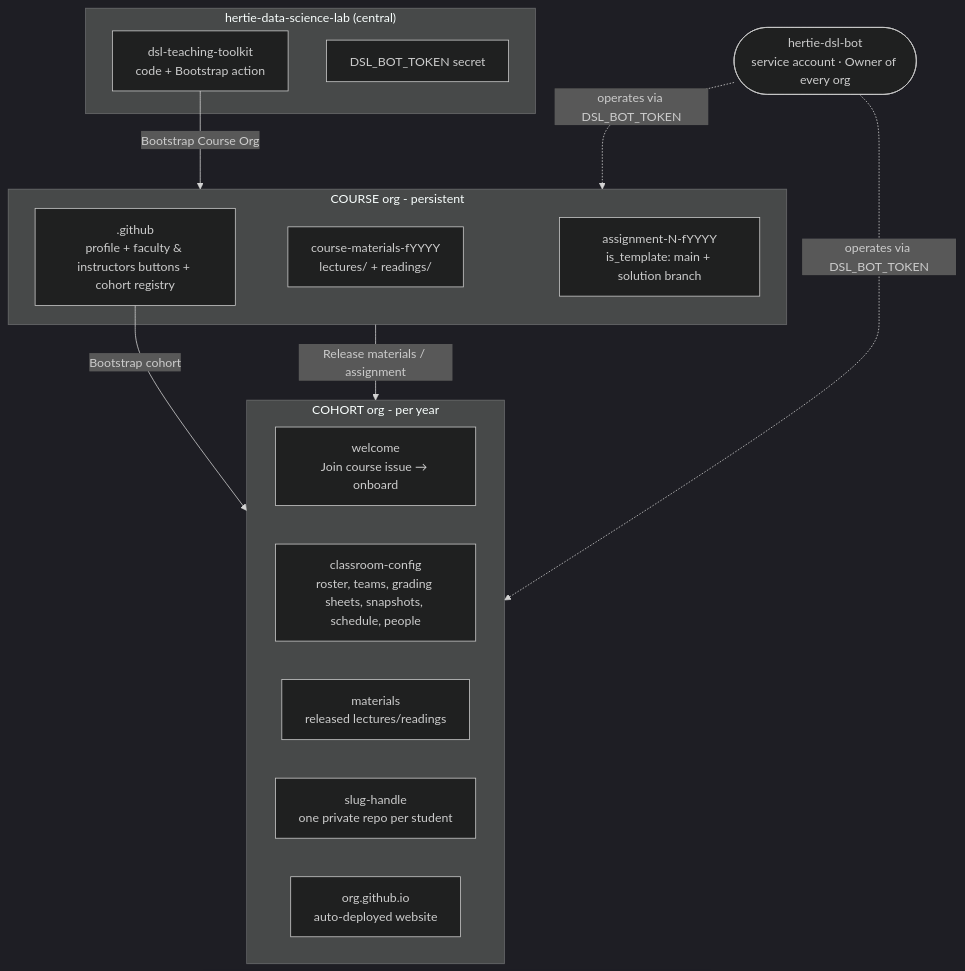
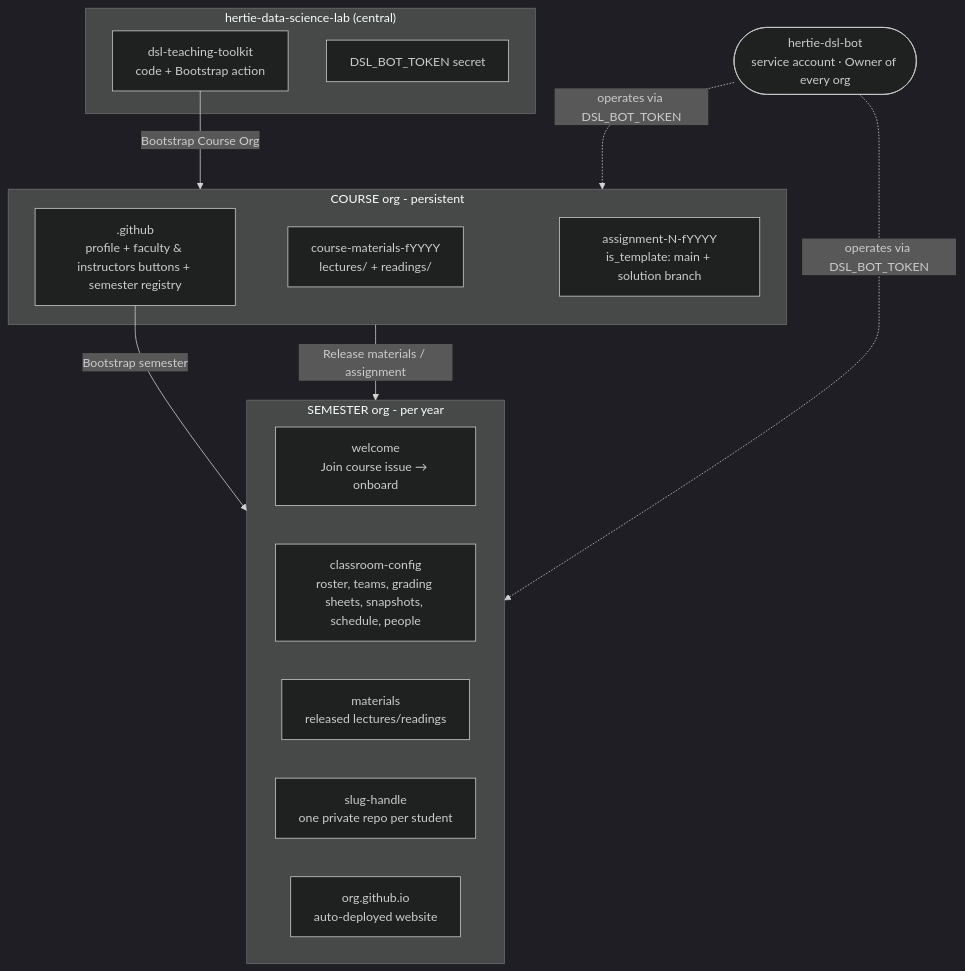
Before and after one commit to hertie-data-science-lab/dsl-teaching-toolkit: the first of 10 diagrams in docs-admin-arch/architecture.md, drawn with Mermaid (dark theme). The commit also changed other lines of this file and 201 other files, not shown here.

First line of the commit message:
refactor(names): rename cohort, term and tag to semester

````diff
--- a/docs-admin-arch/architecture.md
+++ b/docs-admin-arch/architecture.md
@@ -34,35 +34,35 @@
 ```mermaid
 flowchart TB
   subgraph central["hertie-data-science-lab (central)"]
     repo["`dsl-teaching-toolkit
 code + Bootstrap action`"]
     sec["DSL_BOT_TOKEN secret"]
   end
   bot(["`hertie-dsl-bot
 service account · Owner of every org`"])
   subgraph course["COURSE org - persistent"]
     cg["`.github
-profile + faculty & instructors buttons + cohort registry`"]
+profile + faculty & instructors buttons + semester registry`"]
     mat["`course-materials-fYYYY
 lectures/ + readings/`"]
     asg["`assignment-N-fYYYY
 is_template: main + solution branch`"]
   end
-  subgraph cohort["COHORT org - per year"]
+  subgraph semester["SEMESTER org - per year"]
     wel["`welcome
 Join course issue → onboard`"]
     ros["`classroom-config
 roster, teams, grading sheets, snapshots, schedule, people`"]
     cmat["`materials
 released lectures/readings`"]
     stu["`slug-handle
 one private repo per student`"]
     site["`org.github.io
 auto-deployed website`"]
   end
   repo -->|"Bootstrap Course Org"| course
-  cg -->|"Bootstrap cohort"| cohort
-  course -->|"Release materials / assignment"| cohort
+  cg -->|"Bootstrap semester"| semester
+  course -->|"Release materials / assignment"| semester
   bot -.->|"operates via DSL_BOT_TOKEN"| course
-  bot -.->|"operates via DSL_BOT_TOKEN"| cohort
+  bot -.->|"operates via DSL_BOT_TOKEN"| semester
 ```
````
